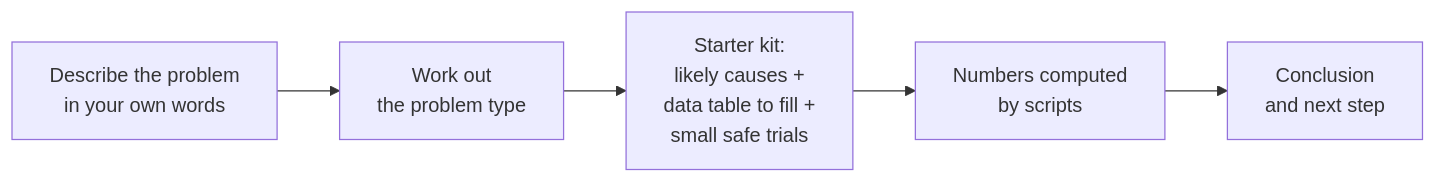
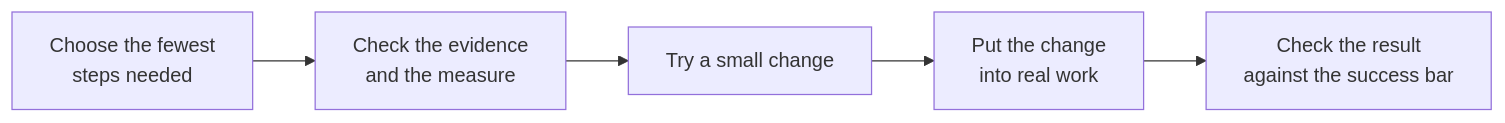
Before and after one commit to lucyleeai/stop-firefighting: the diagram in README.md, drawn with Mermaid. The commit also changed other lines of this file and 3 other files, not shown here.

````diff
--- a/README.md
+++ b/README.md
@@ -30,7 +34,7 @@
 ```mermaid
 flowchart LR
-    A[Describe the problem<br/>in your own words] --> B[Work out<br/>the problem type]
-    B --> C[Starter kit:<br/>likely causes +<br/>data table to fill +<br/>small safe trials]
-    C --> D[Numbers computed<br/>by scripts]
-    D --> E[Conclusion<br/>and next step]
+    A[Choose the fewest<br/>steps needed] --> B[Check the evidence<br/>and the measure]
+    B --> C[Try a small change]
+    C --> D[Put the change<br/>into real work]
+    D --> E[Check the result<br/>against the success bar]
 ```
````
